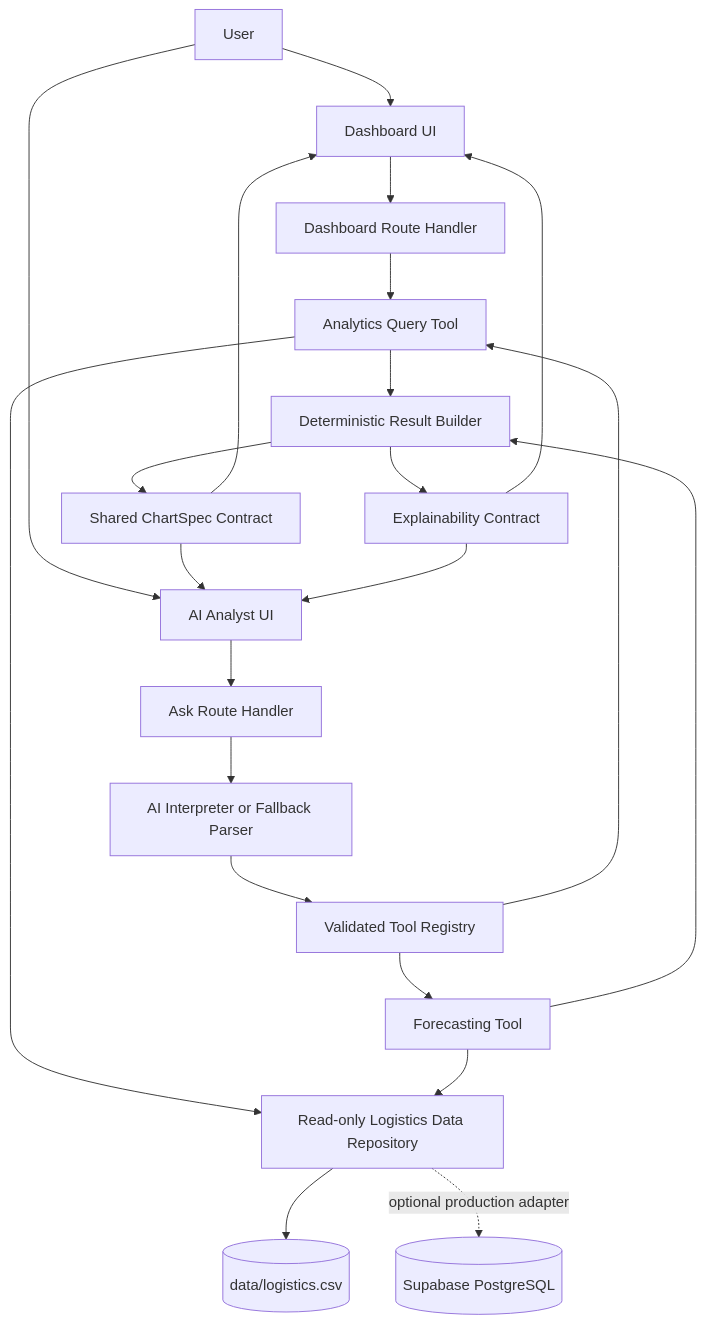
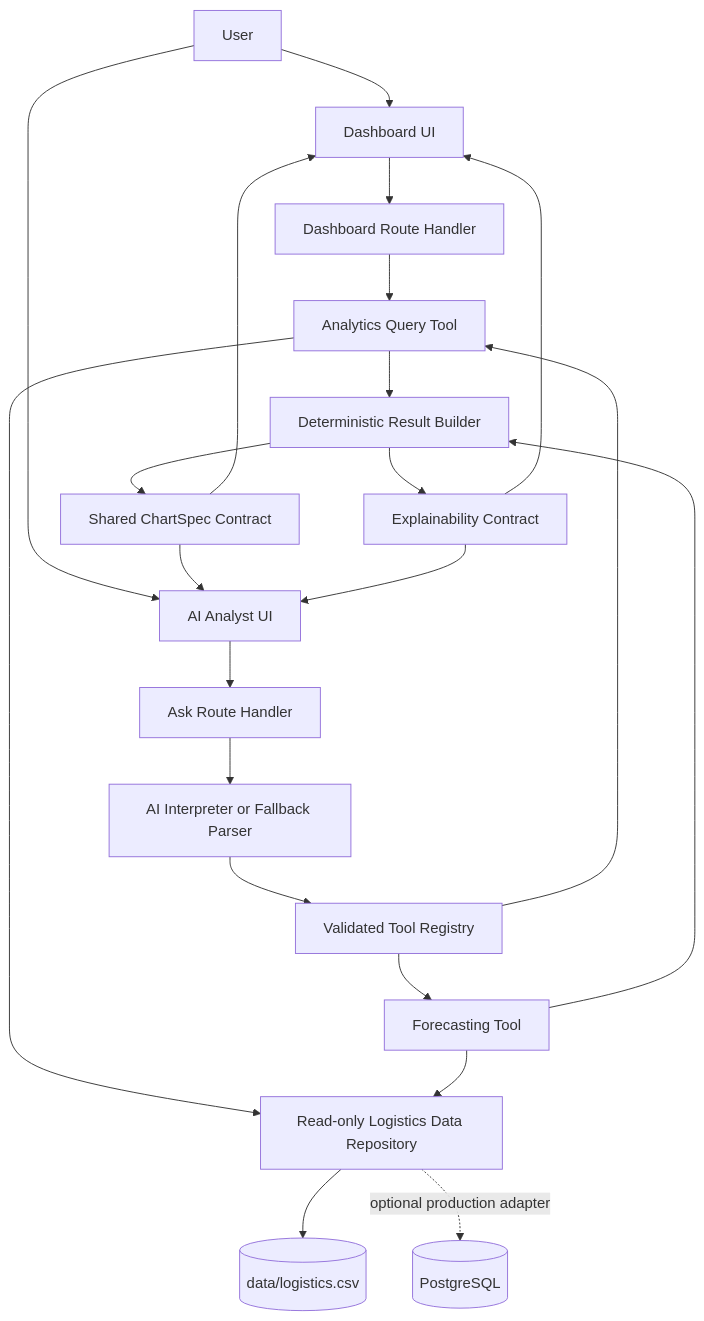
One commit to taibui324/AI-Powered-Logistics-Analytics-Dashboard changed the first of 2 diagrams in docs/plans/2026-07-09-001-feat-logistics-analytics-dashboard-plan.md. Above: the diagram before and after it, drawn with Mermaid. The commit also changed other lines of this file and 13 other files, not shown here.

````diff
--- a/docs/plans/2026-07-09-001-feat-logistics-analytics-dashboard-plan.md
+++ b/docs/plans/2026-07-09-001-feat-logistics-analytics-dashboard-plan.md
@@ -152,29 +152,29 @@
 ```mermaid
 flowchart TB
   User[User] --> Dashboard[Dashboard UI]
   User --> Analyst[AI Analyst UI]
 
   Dashboard --> DashboardAPI[Dashboard Route Handler]
   Analyst --> AskAPI[Ask Route Handler]
 
   DashboardAPI --> AnalyticsTool[Analytics Query Tool]
   AskAPI --> Interpreter[AI Interpreter or Fallback Parser]
   Interpreter --> ToolRegistry[Validated Tool Registry]
   ToolRegistry --> AnalyticsTool
   ToolRegistry --> ForecastTool[Forecasting Tool]
 
   AnalyticsTool --> DataRepo[Read-only Logistics Data Repository]
   ForecastTool --> DataRepo
   DataRepo --> CSV[(data/logistics.csv)]
-  DataRepo -. optional production adapter .-> Supabase[(Supabase PostgreSQL)]
+  DataRepo -. optional production adapter .-> PostgreSQL[(PostgreSQL)]
 
   AnalyticsTool --> ResultBuilder[Deterministic Result Builder]
   ForecastTool --> ResultBuilder
   ResultBuilder --> ChartSpec[Shared ChartSpec Contract]
   ResultBuilder --> Explainability[Explainability Contract]
 
   ChartSpec --> Dashboard
   ChartSpec --> Analyst
   Explainability --> Dashboard
   Explainability --> Analyst
 ```
````
